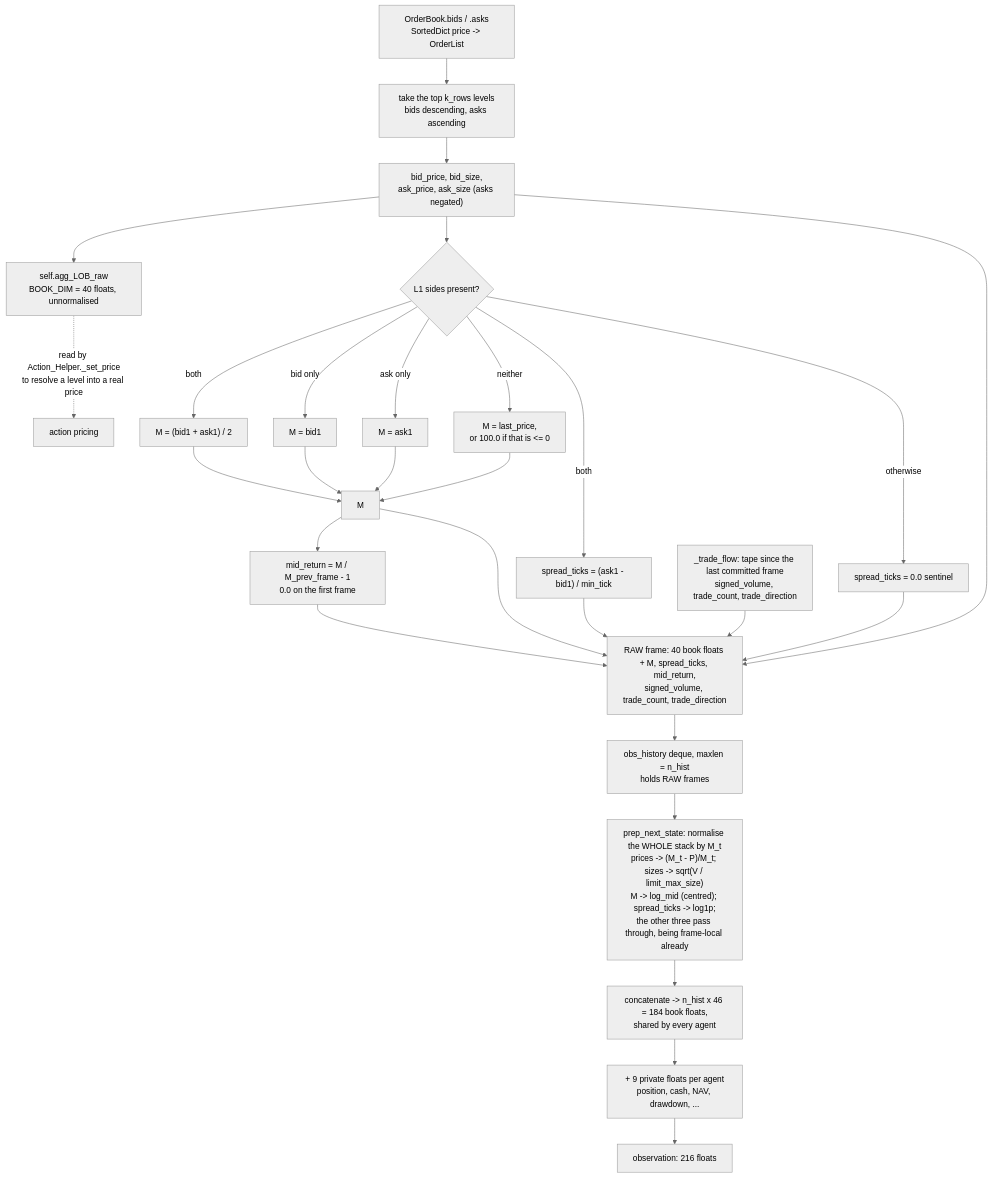
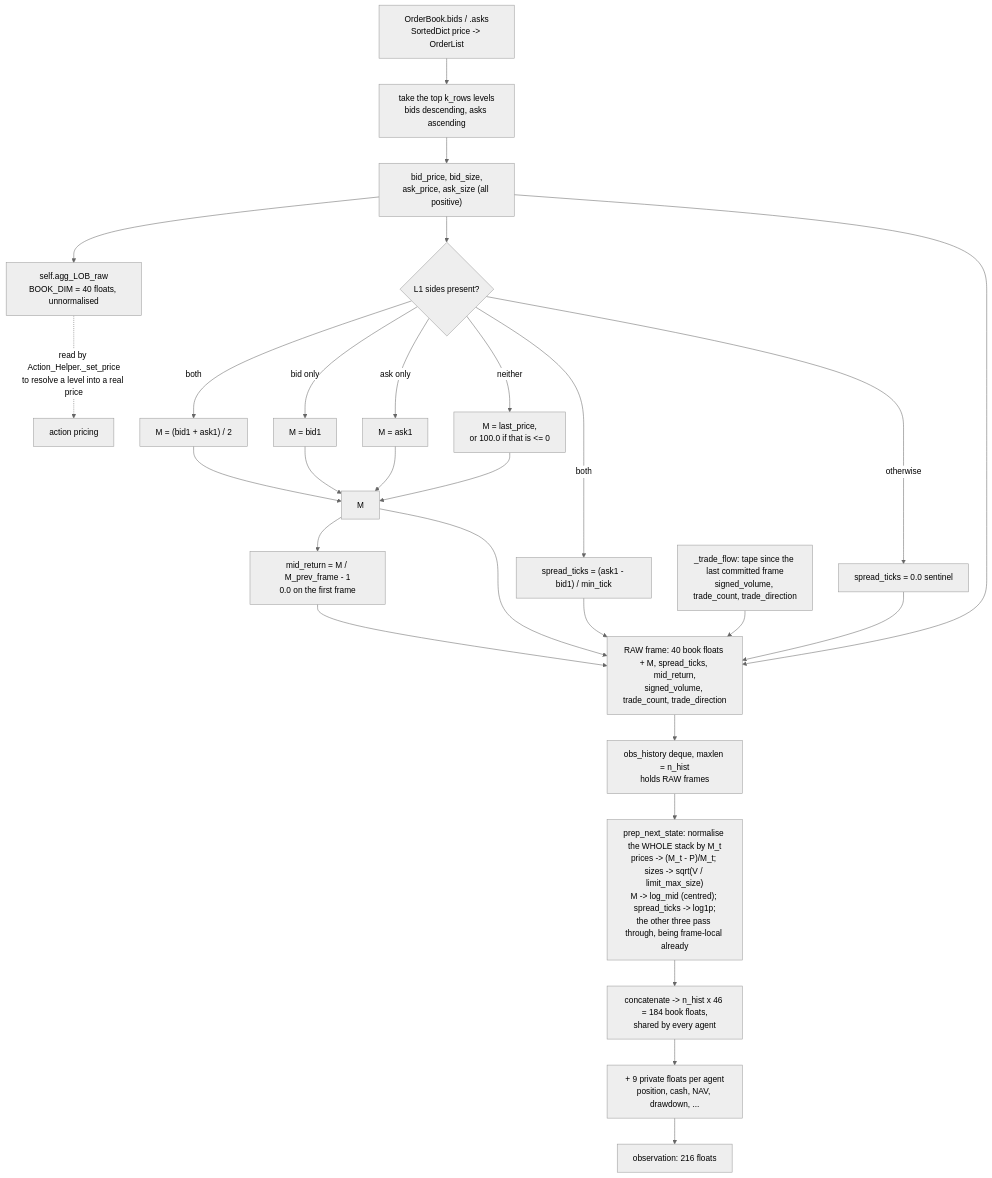
One commit to ChuaCheowHuan/gym-continuousDoubleAuction changed the first of 2 diagrams in doc/05_observation_space.md. Above: the diagram before and after it, drawn with Mermaid (neutral theme). The commit also changed other lines of this file and 31 other files, not shown here.

````diff
--- a/doc/05_observation_space.md
+++ b/doc/05_observation_space.md
@@ -133,37 +137,37 @@
 ```mermaid
 flowchart TD
     LOB["OrderBook.bids / .asks<br/>SortedDict price -> OrderList"] --> TOP["take the top k_rows levels<br/>bids descending, asks ascending"]
-    TOP --> RAW["bid_price, bid_size,<br/>ask_price, ask_size (asks negated)"]
+    TOP --> RAW["bid_price, bid_size,<br/>ask_price, ask_size (all positive)"]
     RAW --> KEEP["self.agg_LOB_raw<br/>BOOK_DIM = 40 floats, unnormalised"]
     KEEP -.->|"read by Action_Helper._set_price<br/>to resolve a level into a real price"| ACT["action pricing"]
 
     RAW --> M{"L1 sides present?"}
     M -->|"both"| M1["M = (bid1 + ask1) / 2"]
     M -->|"bid only"| M2["M = bid1"]
     M -->|"ask only"| M3["M = ask1"]
     M -->|"neither"| M4["M = last_price,<br/>or 100.0 if that is <= 0"]
 
     M1 --> MID["M"]
     M2 --> MID
     M3 --> MID
     M4 --> MID
 
     M -->|"both"| SPREAD["spread_ticks = (ask1 - bid1) / min_tick"]
     M -->|"otherwise"| SENT["spread_ticks = 0.0 sentinel"]
     MID --> MR["mid_return = M / M_prev_frame - 1<br/>0.0 on the first frame"]
     TAPE["_trade_flow: tape since the last committed frame<br/>signed_volume, trade_count, trade_direction"]
 
     RAW --> FRAME
     MID --> FRAME
     SPREAD --> FRAME
     SENT --> FRAME
     MR --> FRAME
     TAPE --> FRAME
     FRAME["RAW frame: 40 book floats + M, spread_ticks, mid_return,<br/>signed_volume, trade_count, trade_direction"]
 
     FRAME --> DEQ["obs_history deque, maxlen = n_hist<br/>holds RAW frames"]
     DEQ --> NORM["prep_next_state: normalise the WHOLE stack by M_t<br/>prices -> (M_t - P)/M_t; sizes -> sqrt(V / limit_max_size)<br/>M -> log_mid (centred); spread_ticks -> log1p;<br/>the other three pass through, being frame-local already"]
     NORM --> OBS["concatenate -> n_hist x 46 = 184 book floats,<br/>shared by every agent"]
     OBS --> PRIV["+ 9 private floats per agent<br/>position, cash, NAV, drawdown, ..."]
     PRIV --> FULL["observation: 216 floats"]
 ```
````
